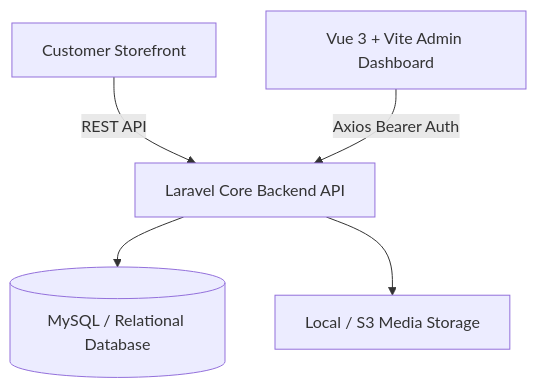
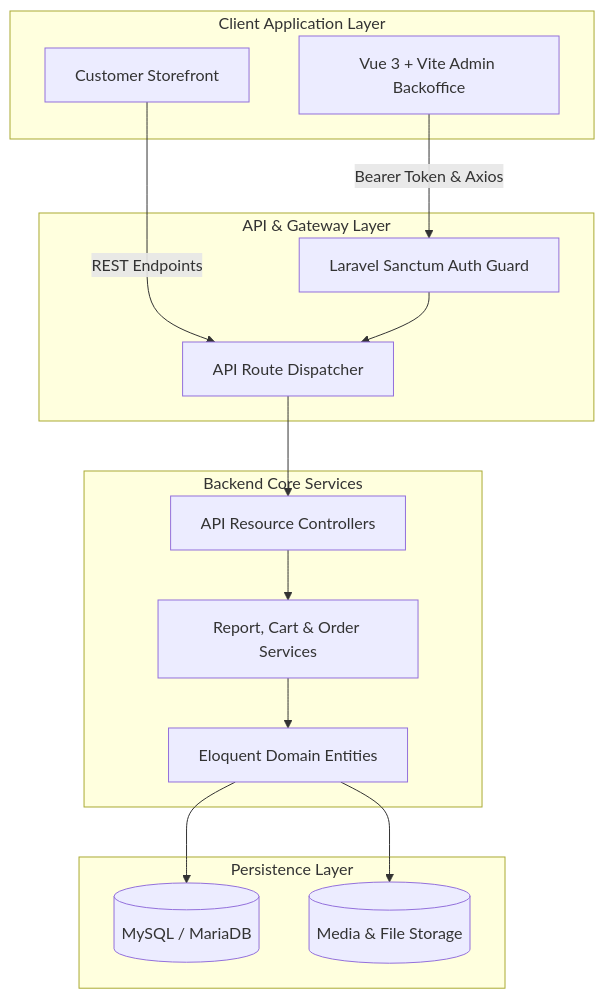
One commit to namirma/laravel-vue-ecommerce changed the diagram in README.md. Above: the diagram before and after it, drawn with Mermaid. The commit also changed other lines of this file and 101 other files, not shown here.

Commit message:
feat: complete Vue 3 SPA admin backoffice with Chart.js analytics, Products/Orders/Customers/Reports CRUD, and Laravel API suite

````diff
--- a/README.md
+++ b/README.md
@@ -16,7 +17,32 @@
 ```mermaid
 graph TD
-    Storefront[Customer Storefront] -->|REST API| Laravel[Laravel Core Backend API]
-    AdminSPA[Vue 3 + Vite Admin Dashboard] -->|Axios Bearer Auth| Laravel
-    Laravel --> DB[(MySQL / Relational Database)]
-    Laravel --> Storage[Local / S3 Media Storage]
+    subgraph Client Application Layer
+        SPA[Vue 3 + Vite Admin Backoffice]
+        Storefront[Customer Storefront]
+    end
+
+    subgraph API & Gateway Layer
+        Sanctum[Laravel Sanctum Auth Guard]
+        Router[API Route Dispatcher]
+    end
+
+    subgraph Backend Core Services
+        Controllers[API Resource Controllers]
+        Services[Report, Cart & Order Services]
+        Models[Eloquent Domain Entities]
+    end
+
+    subgraph Persistence Layer
+        DB[(MySQL / MariaDB)]
+        Storage[(Media & File Storage)]
+    end
+
+    SPA -->|Bearer Token & Axios| Sanctum
+    Storefront -->|REST Endpoints| Router
+    Sanctum --> Router
+    Router --> Controllers
+    Controllers --> Services
+    Services --> Models
+    Models --> DB
+    Models --> Storage
 ```
````
